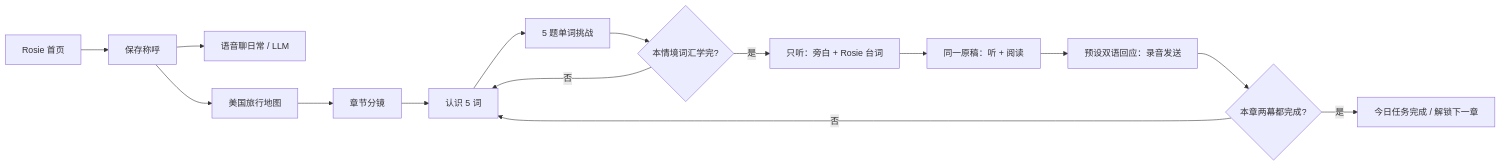
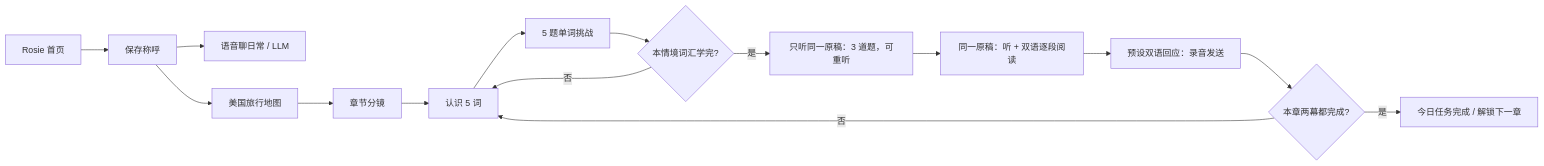
The diagram in docs/ROSIE_PRODUCT.md (JackZhong1998/personal-Agent), drawn with Mermaid before and after one commit. The commit also changed other lines of this file and 27 other files, not shown here.

````diff
--- a/docs/ROSIE_PRODUCT.md
+++ b/docs/ROSIE_PRODUCT.md
@@ -10,17 +10,17 @@
 ```mermaid
 flowchart LR
   A[Rosie 首页] --> B[保存称呼]
   B --> C[语音聊日常 / LLM]
   B --> D[美国旅行地图]
   D --> E[章节分镜]
   E --> F[认识 5 词]
   F --> G[5 题单词挑战]
   G --> H{本情境词汇学完?}
   H -- 否 --> F
-  H -- 是 --> I[只听：旁白 + Rosie 台词]
-  I --> J[同一原稿：听 + 阅读]
+  H -- 是 --> I[只听同一原稿：3 道题，可重听]
+  I --> J[同一原稿：听 + 双语逐段阅读]
   J --> K[预设双语回应：录音发送]
   K --> L{本章两幕都完成?}
   L -- 否 --> F
   L -- 是 --> M[今日任务完成 / 解锁下一章]
 ```
````
